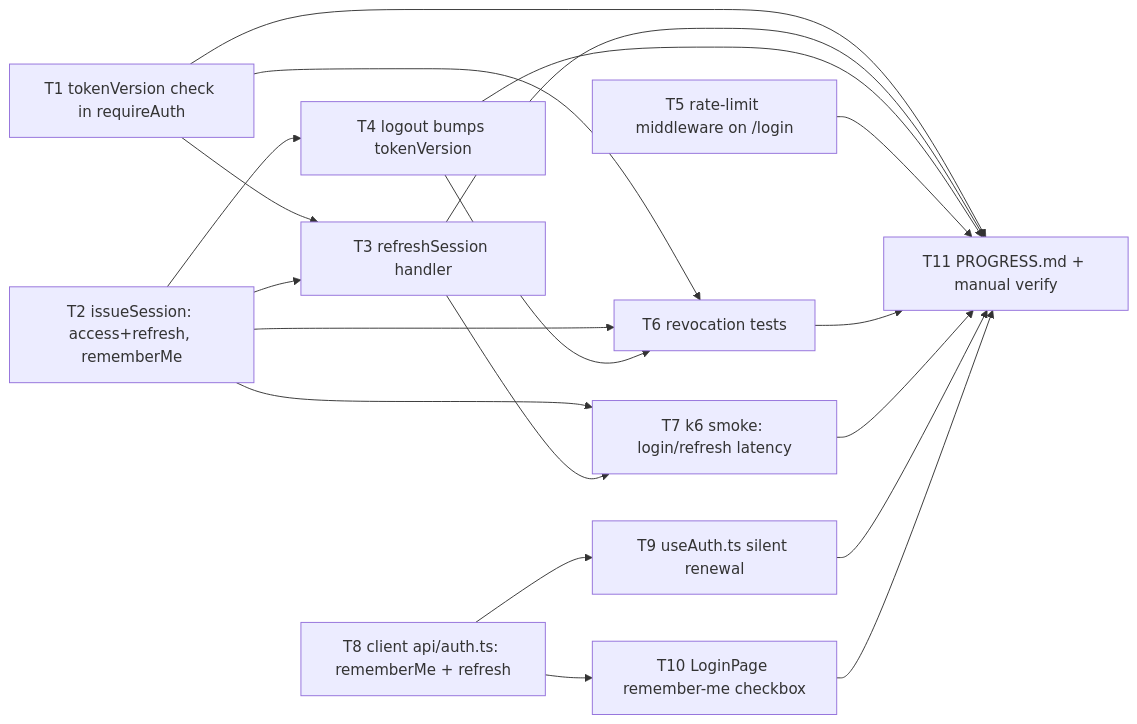
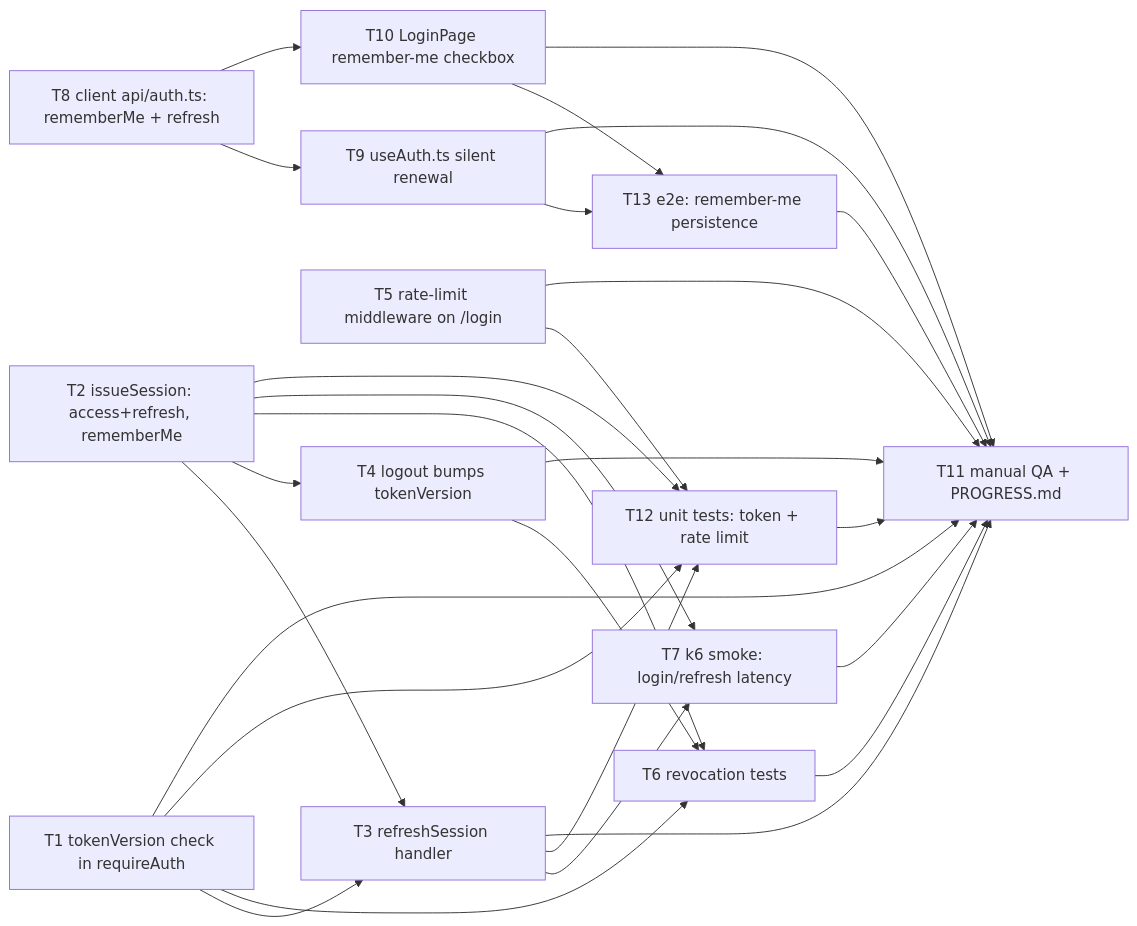
Before and after one commit to Tanya19Lion/ai-interview-trainer: the diagram in docs/features/remember-me/tasks/_epic.md, drawn with Mermaid. The commit also changed other lines of this file and 25 other files, not shown here.

````diff
--- a/docs/features/remember-me/tasks/_epic.md
+++ b/docs/features/remember-me/tasks/_epic.md
@@ -38,23 +36,31 @@
 ```mermaid
 flowchart LR
     T1[T1 tokenVersion check in requireAuth] --> T3[T3 refreshSession handler]
     T2[T2 issueSession: access+refresh, rememberMe] --> T3
     T2 --> T4[T4 logout bumps tokenVersion]
     T5[T5 rate-limit middleware on /login]
     T1 --> T6[T6 revocation tests]
     T2 --> T6
     T4 --> T6
     T2 --> T7[T7 k6 smoke: login/refresh latency]
     T3 --> T7
+    T1 --> T12[T12 unit tests: token + rate limit]
+    T2 --> T12
+    T3 --> T12
+    T5 --> T12
     T8[T8 client api/auth.ts: rememberMe + refresh]
     T8 --> T9[T9 useAuth.ts silent renewal]
     T8 --> T10[T10 LoginPage remember-me checkbox]
-    T1 --> T11[T11 PROGRESS.md + manual verify]
+    T9 --> T13[T13 e2e: remember-me persistence]
+    T10 --> T13
+    T1 --> T11[T11 manual QA + PROGRESS.md]
     T3 --> T11
     T4 --> T11
     T5 --> T11
     T6 --> T11
     T7 --> T11
     T9 --> T11
     T10 --> T11
+    T12 --> T11
+    T13 --> T11
 ```
````
